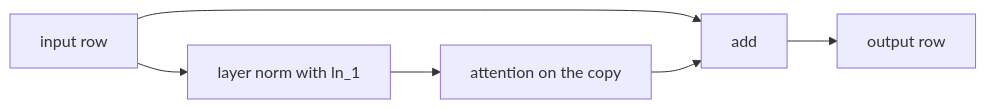
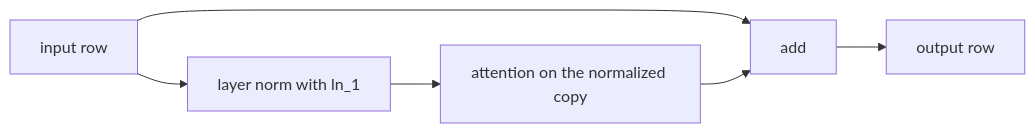
Before and after one commit to vasubansal1033/codecrafters-inference-engine-go: the sixth of 7 diagrams in concepts.md, drawn with Mermaid. The commit also changed other lines of this file and 5 other files, not shown here.

````diff
--- a/concepts.md
+++ b/concepts.md
@@ -403,8 +434,8 @@
 ```mermaid
 flowchart LR
   input["input row"] --> ln["layer norm with ln_1"]
   input --> add["add"]
-  ln --> attn["attention on the copy"]
+  ln --> attn["attention on the normalized copy"]
   attn --> add
   add --> out["output row"]
 ```
````
